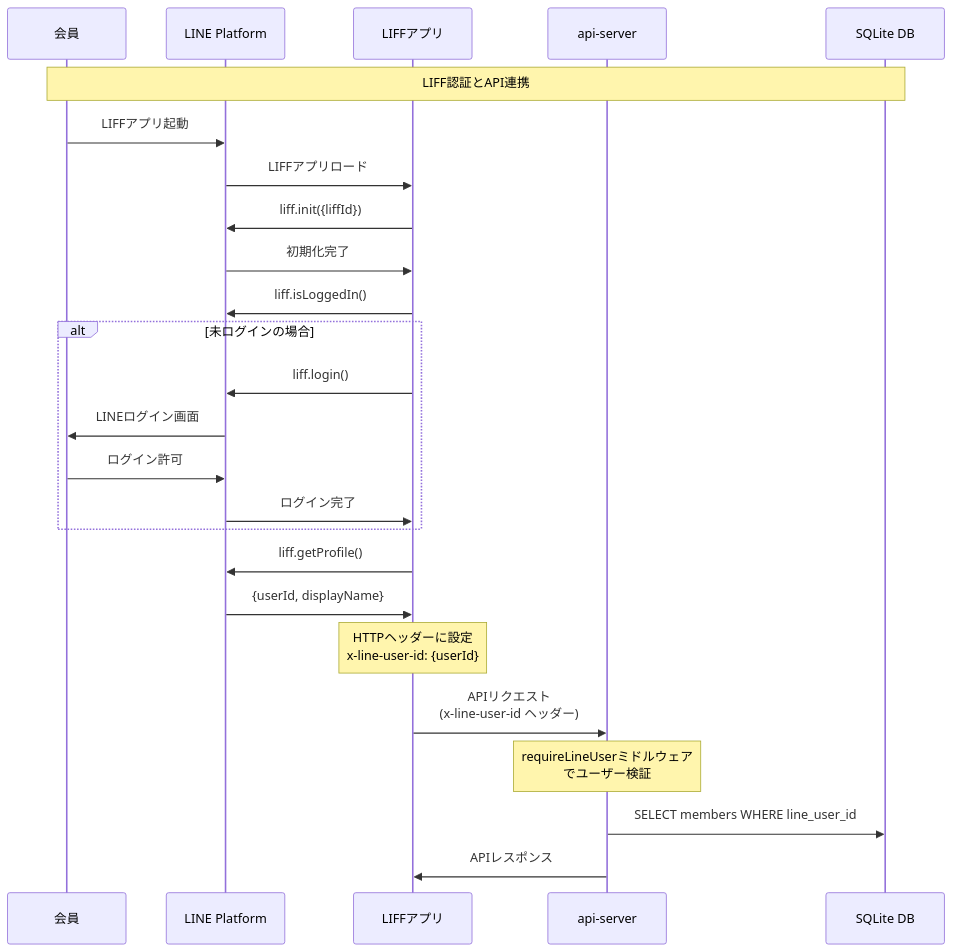
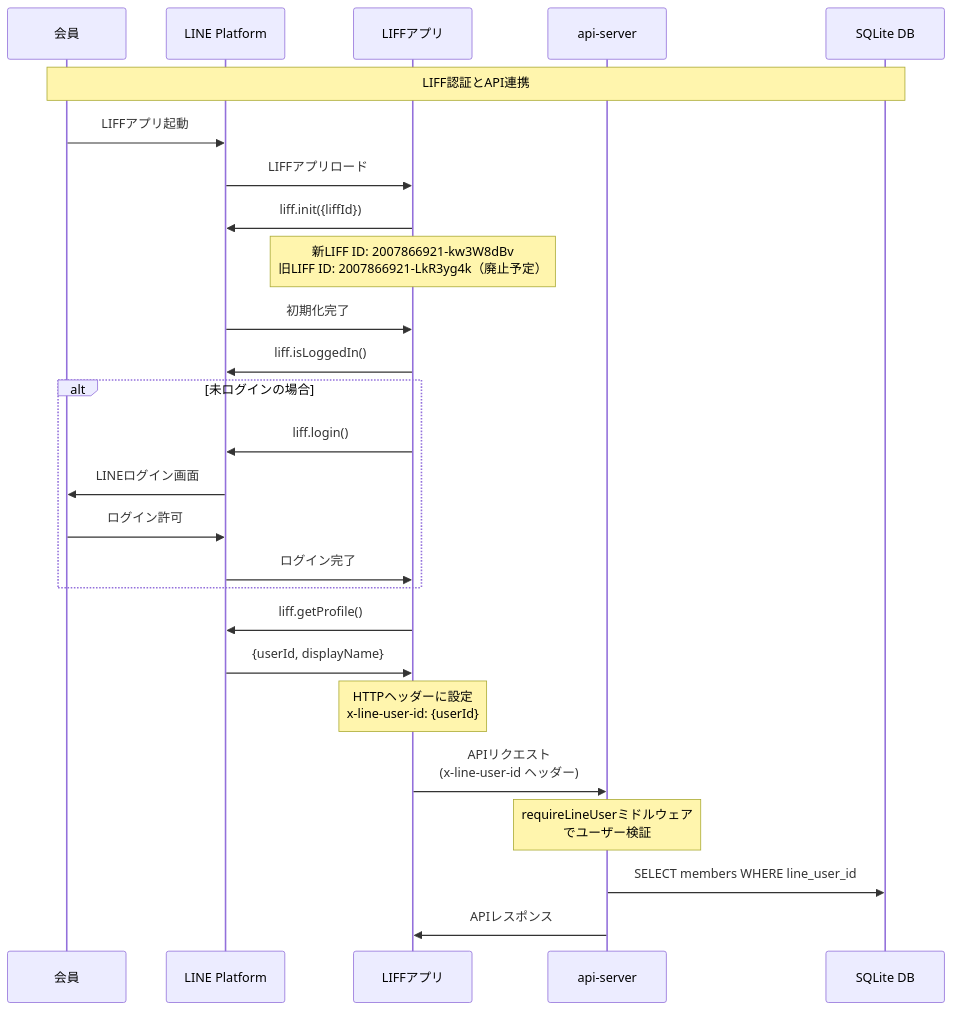
The seventh of 10 diagrams in docs/100_設計/132_外部連携図.md (hanaki-tn/rcline), drawn with Mermaid before and after one commit. The commit also changed other lines of this file and 10 other files, not shown here.

````diff
--- a/docs/100_設計/132_外部連携図.md
+++ b/docs/100_設計/132_外部連携図.md
@@ -237,37 +241,38 @@
 ```mermaid
 sequenceDiagram
     participant U as 会員
     participant L as LINE Platform
     participant LIFF as LIFFアプリ
     participant A as api-server
     participant D as SQLite DB
     
     Note over U,D: LIFF認証とAPI連携
     
     U->>L: LIFFアプリ起動
     L->>LIFF: LIFFアプリロード
     
     LIFF->>L: liff.init({liffId})
+    Note over LIFF: 新LIFF ID: 2007866921-kw3W8dBv<br/>旧LIFF ID: 2007866921-LkR3yg4k（廃止予定）
     L->>LIFF: 初期化完了
     
     LIFF->>L: liff.isLoggedIn()
     
     alt 未ログインの場合
         LIFF->>L: liff.login()
         L->>U: LINEログイン画面
         U->>L: ログイン許可
         L->>LIFF: ログイン完了
     end
     
     LIFF->>L: liff.getProfile()
     L->>LIFF: {userId, displayName}
     
     Note over LIFF: HTTPヘッダーに設定<br/>x-line-user-id: {userId}
     
     LIFF->>A: APIリクエスト<br/>(x-line-user-id ヘッダー)
     
     Note over A: requireLineUserミドルウェア<br/>でユーザー検証
     
     A->>D: SELECT members WHERE line_user_id
     A->>LIFF: APIレスポンス
 ```
````
